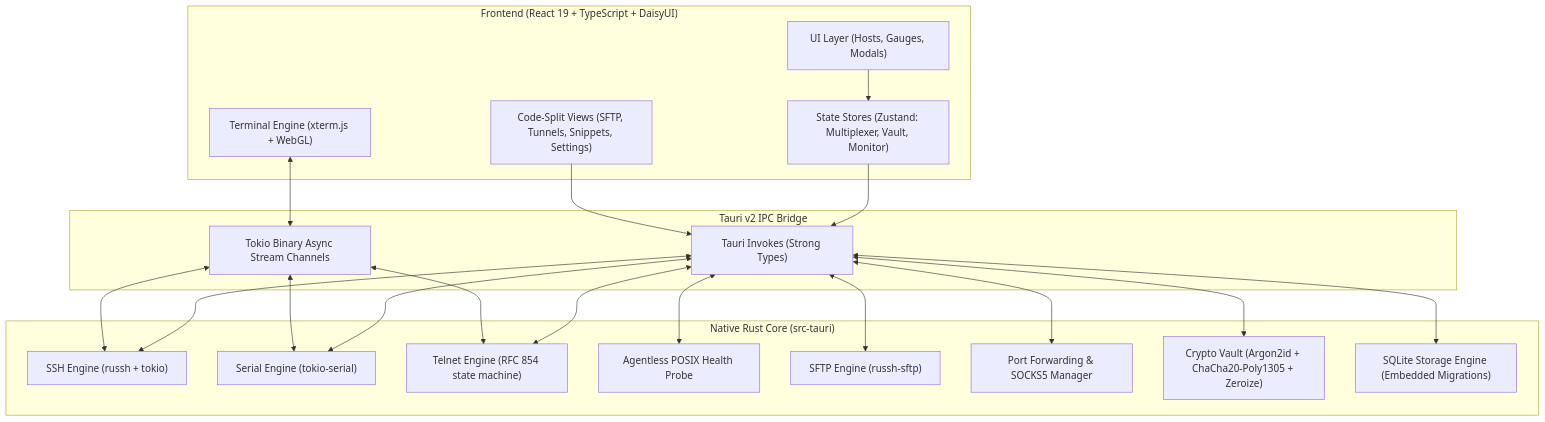
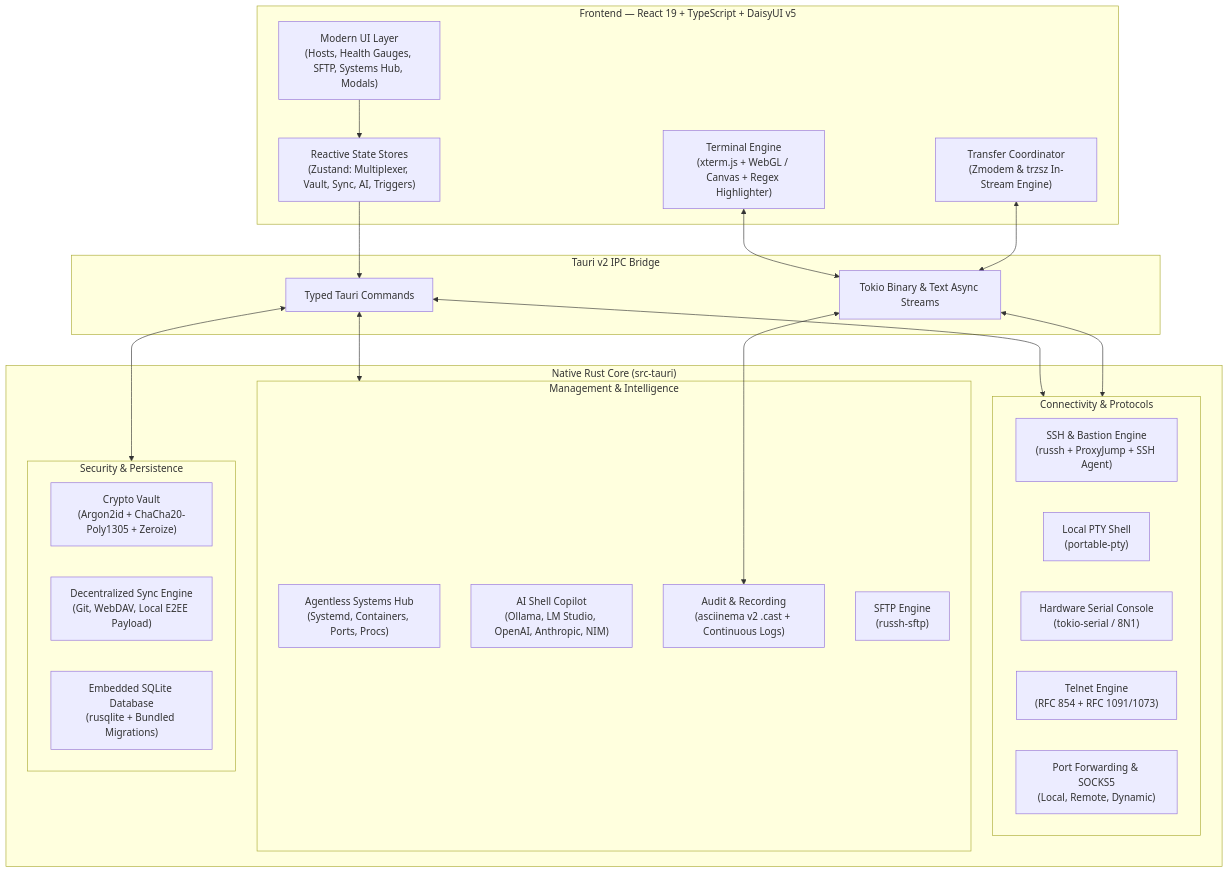
Before and after one commit to ahmetaltun/HazeSSH: the diagram in README.md, drawn with Mermaid. The commit also changed other lines of this file and 1 other file, not shown here.

First line of the commit message:
docs: update documentation for v0.4.0, code signing policy, and privacy disclosures

````diff
--- a/README.md
+++ b/README.md
@@ -49,41 +107,47 @@
 ```mermaid
 flowchart TD
-    subgraph Frontend ["Frontend (React 19 + TypeScript + DaisyUI)"]
-        UI["UI Layer (Hosts, Gauges, Modals)"]
-        State["State Stores (Zustand: Multiplexer, Vault, Monitor)"]
-        Term["Terminal Engine (xterm.js + WebGL)"]
-        LazyViews["Code-Split Views (SFTP, Tunnels, Snippets, Settings)"]
+    subgraph Client ["Frontend — React 19 + TypeScript + DaisyUI v5"]
+        UI["Modern UI Layer<br/>(Hosts, Health Gauges, SFTP, Systems Hub, Modals)"]
+        State["Reactive State Stores<br/>(Zustand: Multiplexer, Vault, Sync, AI, Triggers)"]
+        Term["Terminal Engine<br/>(xterm.js + WebGL / Canvas + Regex Highlighter)"]
+        StreamXfer["Transfer Coordinator<br/>(Zmodem & trzsz In-Stream Engine)"]
     end
 
-    subgraph Tauri_IPC ["Tauri v2 IPC Bridge"]
-        Commands["Tauri Invokes (Strong Types)"]
-        Channels["Tokio Binary Async Stream Channels"]
+    subgraph IPC ["Tauri v2 IPC Bridge"]
+        Commands["Typed Tauri Commands"]
+        Channels["Tokio Binary & Text Async Streams"]
     end
 
-    subgraph Backend ["Native Rust Core (src-tauri)"]
-        SSH["SSH Engine (russh + tokio)"]
-        Serial["Serial Engine (tokio-serial)"]
-        Telnet["Telnet Engine (RFC 854 state machine)"]
-        Monitor["Agentless POSIX Health Probe"]
-        SFTP["SFTP Engine (russh-sftp)"]
-        Tunnels["Port Forwarding & SOCKS5 Manager"]
-        Crypto["Crypto Vault (Argon2id + ChaCha20-Poly1305 + Zeroize)"]
-        DB["SQLite Storage Engine (Embedded Migrations)"]
+    subgraph Core ["Native Rust Core (src-tauri)"]
+        subgraph Protocols ["Connectivity & Protocols"]
+            SSH["SSH & Bastion Engine<br/>(russh + ProxyJump + SSH Agent)"]
+            LocalPTY["Local PTY Shell<br/>(portable-pty)"]
+            Serial["Hardware Serial Console<br/>(tokio-serial / 8N1)"]
+            Telnet["Telnet Engine<br/>(RFC 854 + RFC 1091/1073)"]
+            Tunnels["Port Forwarding & SOCKS5<br/>(Local, Remote, Dynamic)"]
+        end
+
+        subgraph Tooling ["Management & Intelligence"]
+            Toolbox["Agentless Systems Hub<br/>(Systemd, Containers, Ports, Procs)"]
+            AICopilot["AI Shell Copilot<br/>(Ollama, LM Studio, OpenAI, Anthropic, NIM)"]
+            AuditRec["Audit & Recording<br/>(asciinema v2 .cast + Continuous Logs)"]
+            SFTP["SFTP Engine<br/>(russh-sftp)"]
+        end
+
+        subgraph StorageSecurity ["Security & Persistence"]
+            Vault["Crypto Vault<br/>(Argon2id + ChaCha20-Poly1305 + Zeroize)"]
+            Sync["Decentralized Sync Engine<br/>(Git, WebDAV, Local E2EE Payload)"]
+            DB["Embedded SQLite Database<br/>(rusqlite + Bundled Migrations)"]
+        end
     end
 
     UI --> State
     State --> Commands
     Term <--> Channels
-    LazyViews --> Commands
-    Commands <--> SSH
-    Commands <--> Serial
-    Commands <--> Telnet
-    Commands <--> Monitor
-    Commands <--> SFTP
-    Commands <--> Tunnels
-    Commands <--> Crypto
-    Commands <--> DB
-    Channels <--> SSH
-    Channels <--> Serial
-    Channels <--> Telnet
+    StreamXfer <--> Channels
+    Commands <--> Protocols
+    Commands <--> Tooling
+    Commands <--> StorageSecurity
+    Channels <--> Protocols
+    Channels <--> AuditRec
 ```
````
